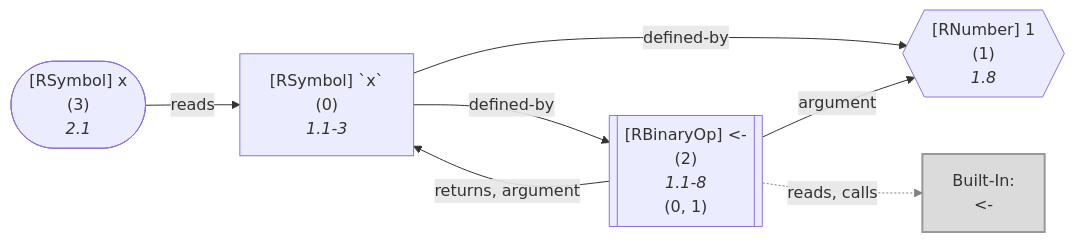
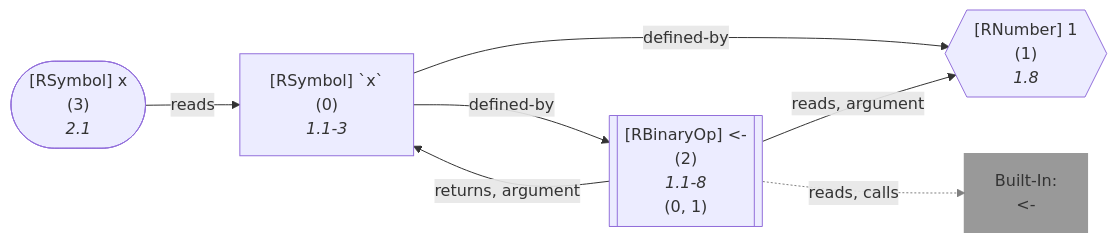
One commit to flowr-analysis/flowr changed diagram 21 of 51 in wiki/Dataflow Graph.md. Above: the diagram before and after it, drawn with Mermaid. The commit also changed other lines of this file and 18 other files, not shown here.

````diff
--- a/wiki/Dataflow Graph.md
+++ b/wiki/Dataflow Graph.md
@@ -2869,26 +2871,26 @@
 ```mermaid
 flowchart LR
     1{{"`#91;RNumber#93; 1
       (1)
       *1.8*`"}}
     0["`#91;RSymbol#93; #96;x#96;
       (0)
       *1.1-3*`"]
     2[["`#91;RBinaryOp#93; #60;#45;
       (2)
       *1.1-8*
     (0, 1)`"]]
     built-in:_-["`Built-In:
 #60;#45;`"]
-    style built-in:_- stroke:gray,fill:lightgray,stroke-width:2px,opacity:.8;
+    style built-in:_- stroke:gray,fill:gray,stroke-width:2px,opacity:.8;
     3(["`#91;RSymbol#93; x
       (3)
       *2.1*`"])
     0 -->|"defined-by"| 1
     0 -->|"defined-by"| 2
-    2 -->|"argument"| 1
+    2 -->|"reads, argument"| 1
     2 -->|"returns, argument"| 0
     2 -.->|"reads, calls"| built-in:_-
     linkStyle 4 stroke:gray;
     3 -->|"reads"| 0
 ```
````
